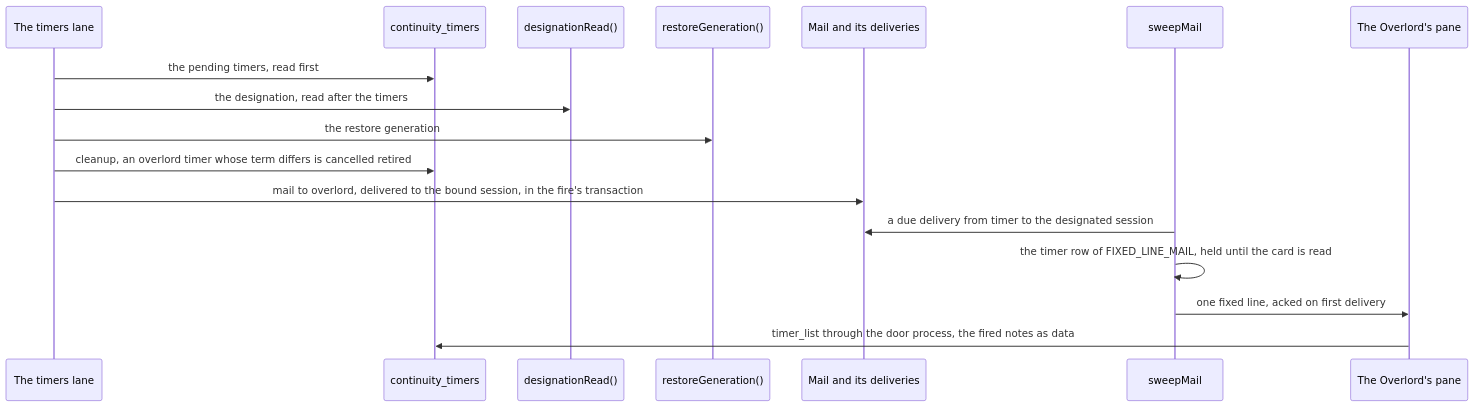
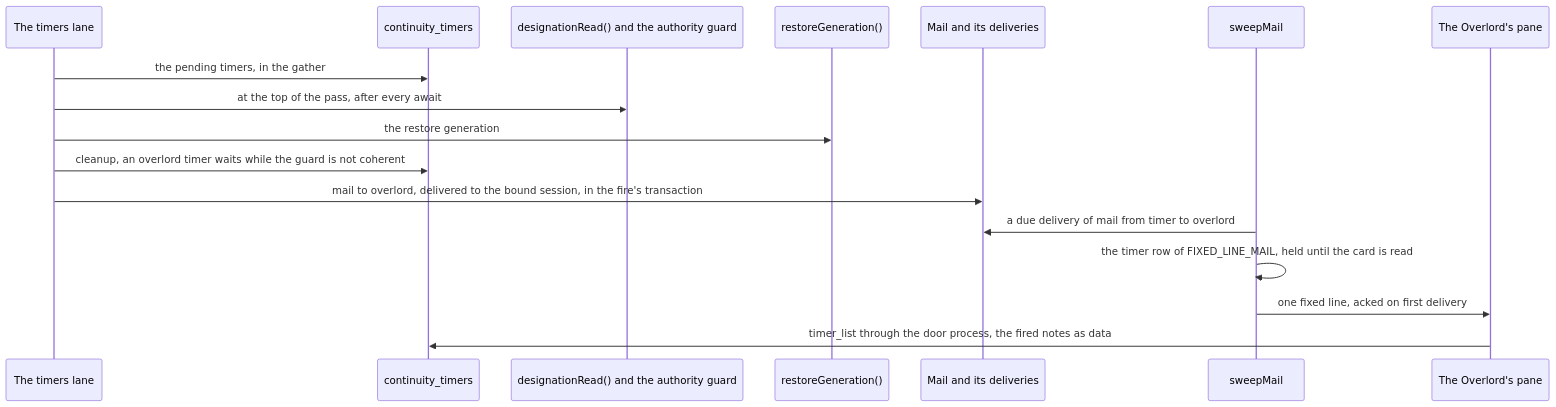
The second of 2 diagrams in docs/superpowers/plans/2026-11-14-overlord-w1/w1-overlord-timers.md (Synapsium-Labs/ccrc-pwa), drawn with Mermaid before and after one commit. The commit also changed other lines of this file, not shown here.

First line of the commit message:
docs(plan): the Overlord's timers, fix round 1 (review 2182)

````diff
--- a/docs/superpowers/plans/2026-11-14-overlord-w1/w1-overlord-timers.md
+++ b/docs/superpowers/plans/2026-11-14-overlord-w1/w1-overlord-timers.md
@@ -77,19 +84,19 @@
 ```mermaid
 sequenceDiagram
   participant L as The timers lane
   participant T as continuity_timers
-  participant DS as designationRead()
+  participant DS as designationRead() and the authority guard
   participant RG as restoreGeneration()
   participant M as Mail and its deliveries
   participant SW as sweepMail
   participant P as The Overlord's pane
-  L->>T: the pending timers, read first
-  L->>DS: the designation, read after the timers
+  L->>T: the pending timers, in the gather
+  L->>DS: at the top of the pass, after every await
   L->>RG: the restore generation
-  L->>T: cleanup, an overlord timer whose term differs is cancelled retired
+  L->>T: cleanup, an overlord timer waits while the guard is not coherent
   L->>M: mail to overlord, delivered to the bound session, in the fire's transaction
-  SW->>M: a due delivery from timer to the designated session
+  SW->>M: a due delivery of mail from timer to overlord
   SW->>SW: the timer row of FIXED_LINE_MAIL, held until the card is read
   SW->>P: one fixed line, acked on first delivery
   P->>T: timer_list through the door process, the fired notes as data
 ```
````
